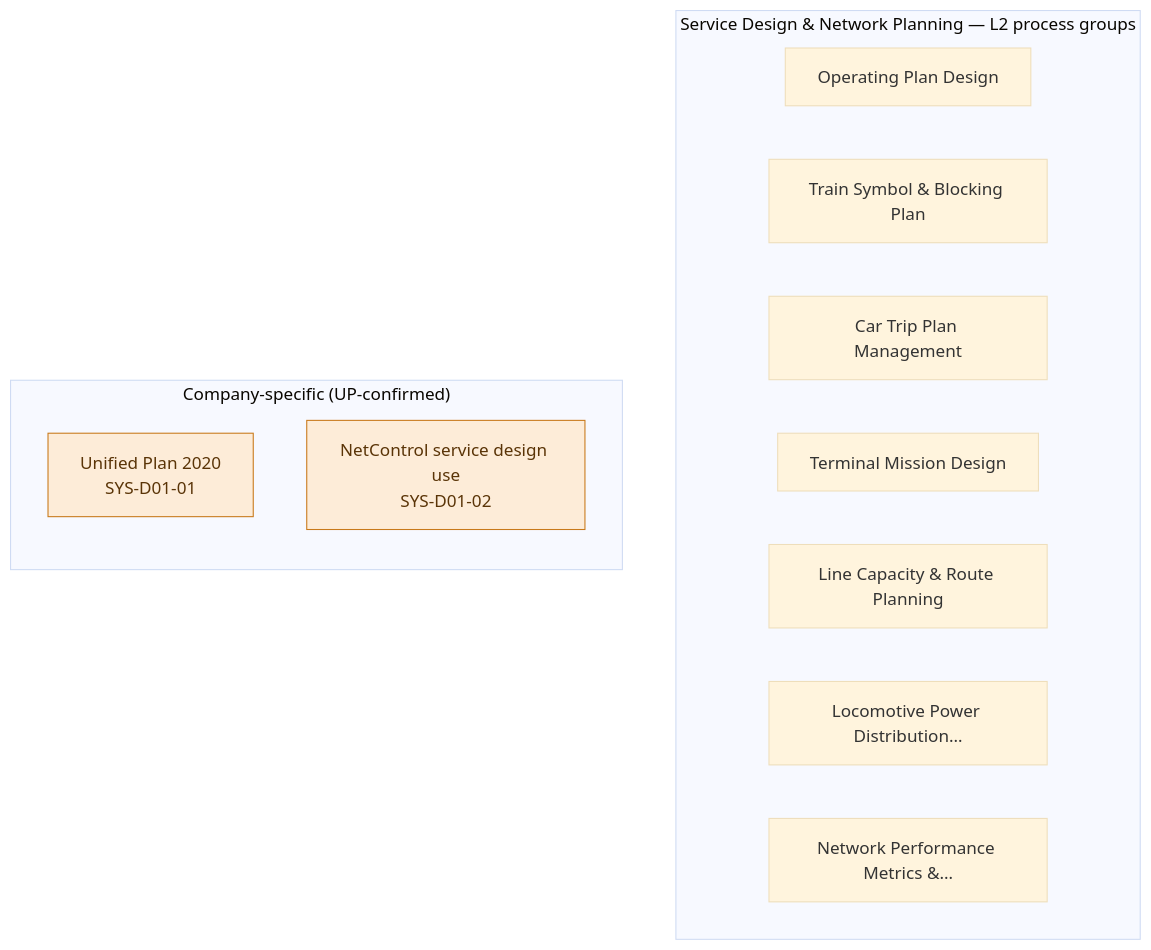
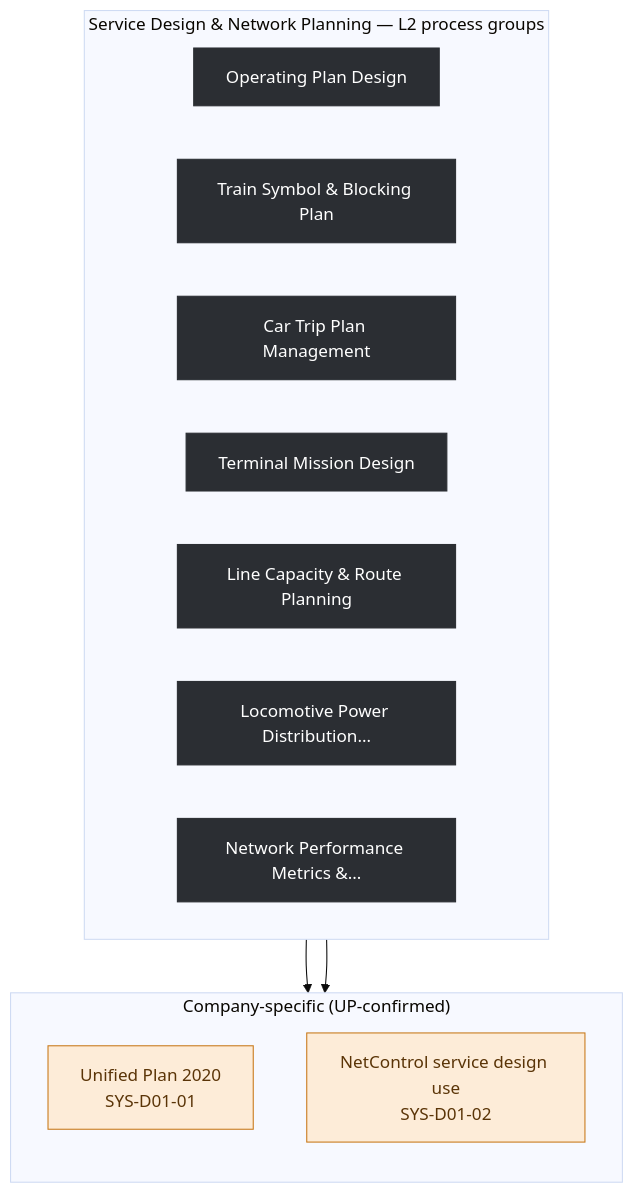
The diagram in ea-diagrams/rr-01-service-design-network-planning.mmd (ghatk047/rail-wiki), drawn with Mermaid before and after one commit. The commit also changed 474 other files, not shown here.

First line of the commit message:
Fix blurry lightbox zoom; add real usage connectors to EA diagrams

```diff
--- a/ea-diagrams/rr-01-service-design-network-planning.mmd
+++ b/ea-diagrams/rr-01-service-design-network-planning.mmd
@@ -1,24 +1,29 @@
 %%{init: {'flowchart': {'curve': 'basis'}, 'theme':'base'}}%%
 flowchart TB
 
   subgraph PROCS["Service Design & Network Planning — L2 process groups"]
     direction LR
-    G1["Operating Plan Design"]
-    G2["Train Symbol & Blocking Plan"]
-    G3["Car Trip Plan Management"]
-    G4["Terminal Mission Design"]
-    G5["Line Capacity & Route Planning"]
-    G6["Locomotive Power Distribution…"]
-    G7["Network Performance Metrics &…"]
+    G1["Operating Plan Design"]:::l2
+    G2["Train Symbol & Blocking Plan"]:::l2
+    G3["Car Trip Plan Management"]:::l2
+    G4["Terminal Mission Design"]:::l2
+    G5["Line Capacity & Route Planning"]:::l2
+    G6["Locomotive Power Distribution…"]:::l2
+    G7["Network Performance Metrics &…"]:::l2
   end
 
   subgraph COMPANY["Company-specific (UP-confirmed)"]
     direction TB
     C1["Unified Plan 2020\nSYS-D01-01"]:::company
     C2["NetControl service design use\nSYS-D01-02"]:::company
   end
 
+  %% Usage -- from data/processes.json, real generated content only
+  G1 --> C1
+  G1 --> C2
+
+classDef l2 fill:#2b2e33,color:#fff,stroke:#2b2e33
 classDef company fill:#fdecd8,stroke:#c8791a,color:#5a3407
 classDef industry fill:#e6e9ec,stroke:#5c5f66,color:#2b2e33
 classDef other fill:#f2f2f0,stroke:#9a9da3,color:#3d4348
 classDef empty fill:#fff4e5,stroke:#c8791a,color:#5a3407,stroke-dasharray: 4 3
```
